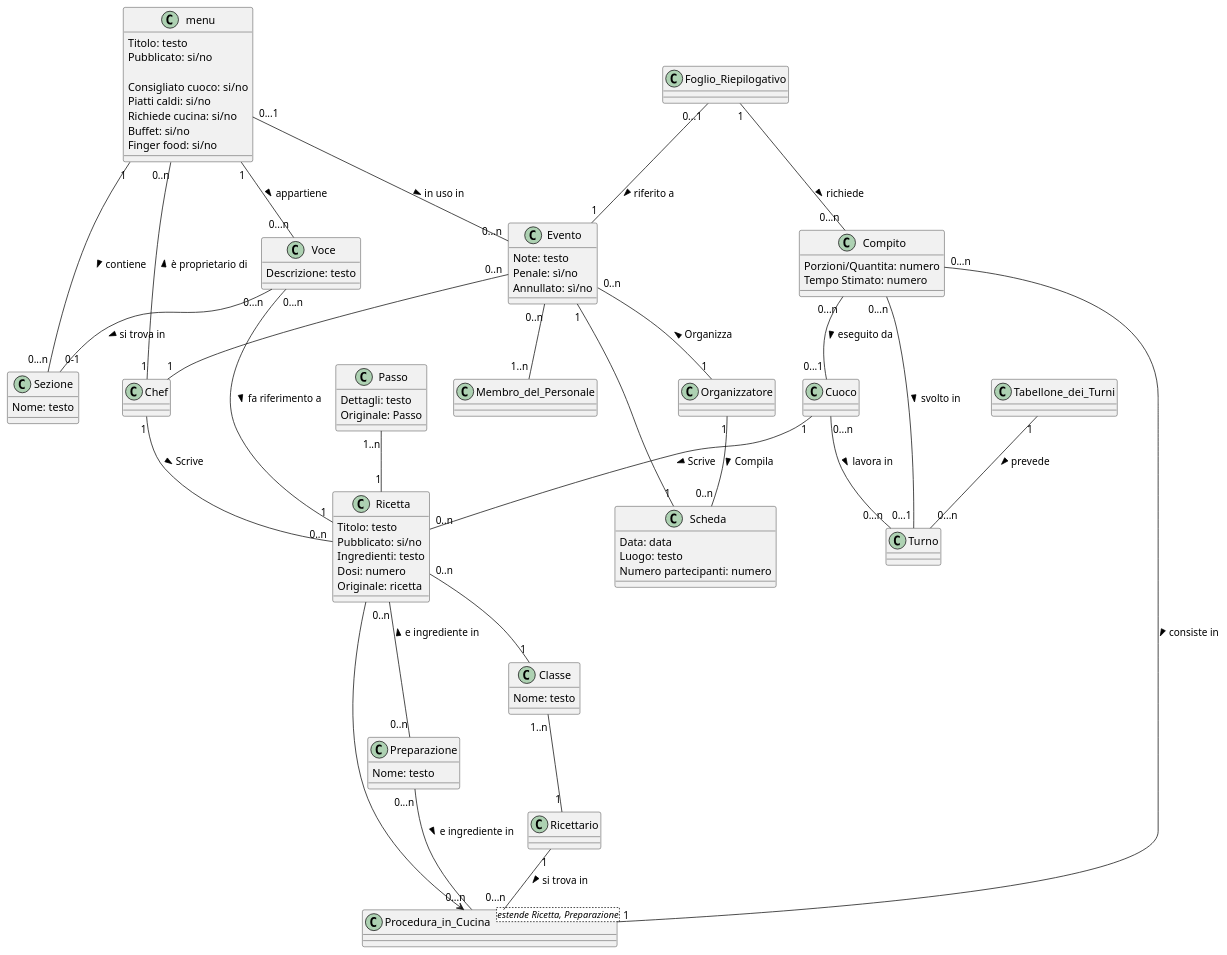
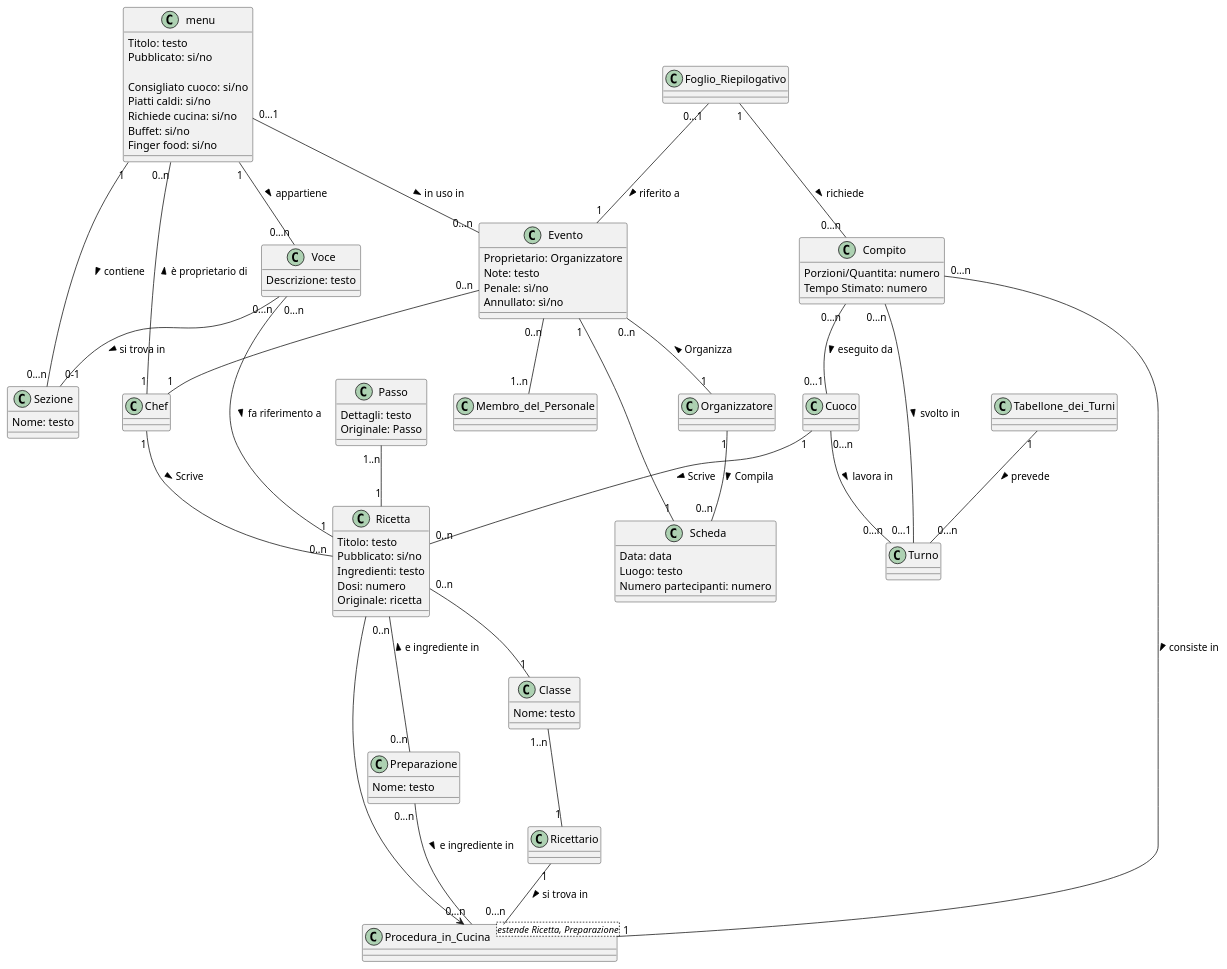
The diagram in mdd/modello-di-dominio.md (m0canu1/sas), drawn with PlantUML before and after one commit. The commit also changed 1 other file, not shown here.

Commit message:
mdd dcd mdma

```diff
--- a/mdd/modello-di-dominio.md
+++ b/mdd/modello-di-dominio.md
@@ -52,7 +52,8 @@
 	Numero partecipanti: numero
 }
 Class Evento {
-	Note: testo
+    Proprietario: Organizzatore
+    Note: testo
 	Penale: sì/no
 	Annullato: sì/no
 }
```
